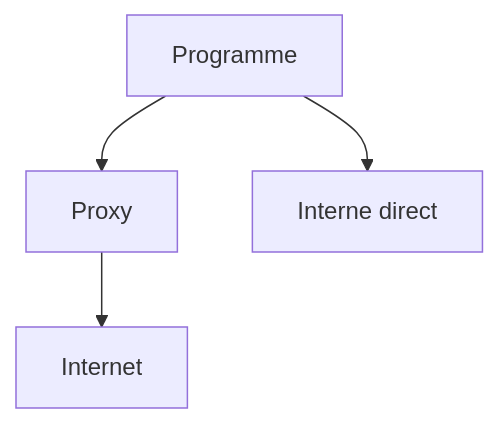
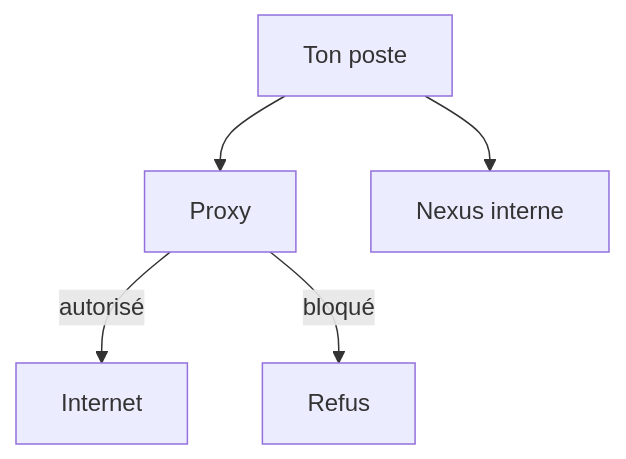
One commit to galsen-76/Informatique- changed the diagram in 03 — Concepts/Proxy.md. Above: the diagram before and after it, drawn with Mermaid. The commit also changed other lines of this file and 5 other files, not shown here.

````diff
--- a/03 — Concepts/Proxy.md
+++ b/03 — Concepts/Proxy.md
@@ -46,6 +67,7 @@
 ```mermaid
 flowchart TD
-  P[Programme] --> X[Proxy]
-  X --> I[Internet]
-  P --> N[Interne direct]
+  P[Ton poste] --> X[Proxy]
+  X -- autorisé --> I[Internet]
+  X -- bloqué --> B[Refus]
+  P --> N[Nexus interne]
 ```
````
